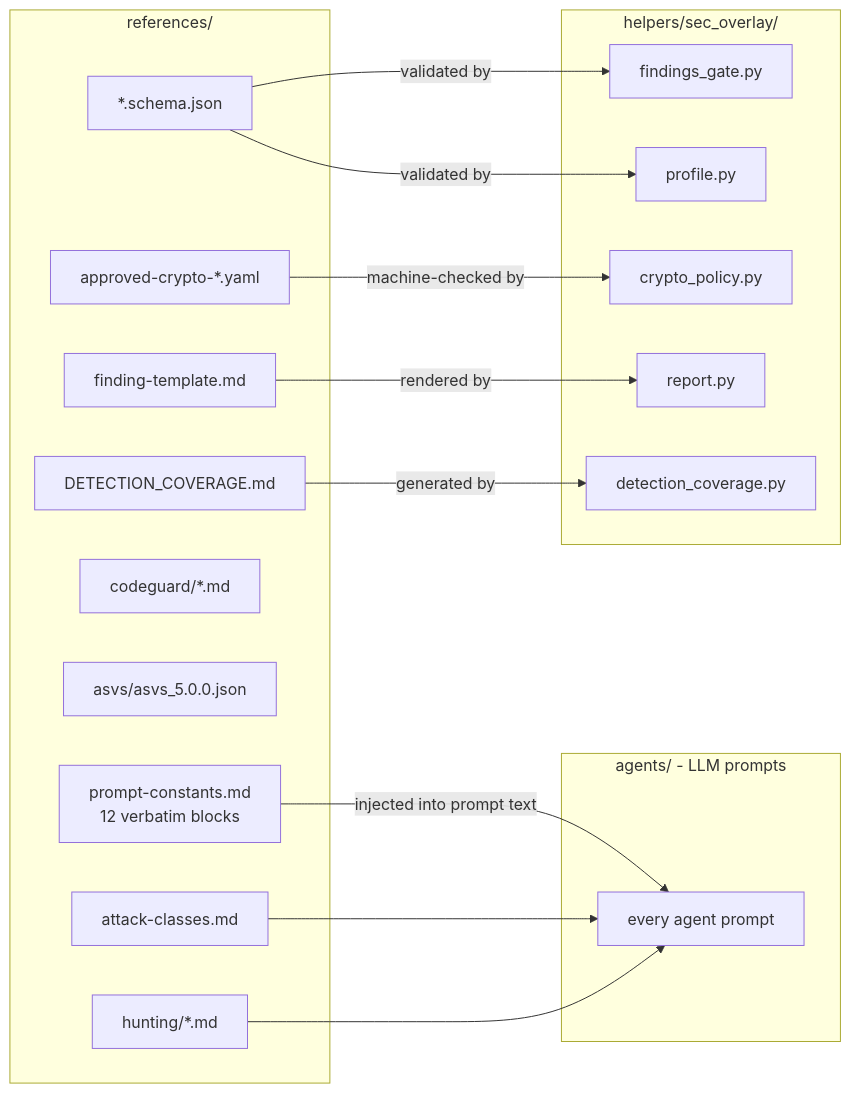
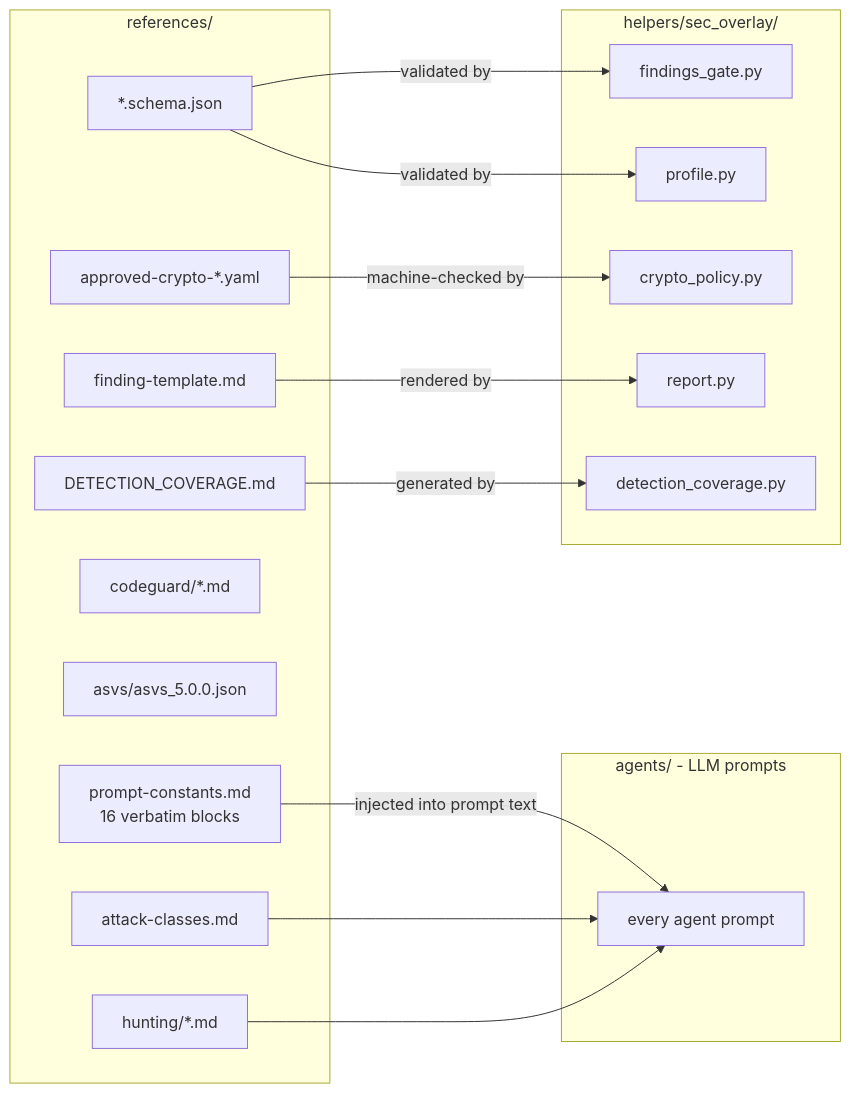
The first of 2 diagrams in openwiki/plugins/sec-overlay/references.md (cjbischoff/cjbischoff-claude-code-tools), drawn with Mermaid before and after one commit. The commit also changed other lines of this file and 18 other files, not shown here.

````diff
--- a/openwiki/plugins/sec-overlay/references.md
+++ b/openwiki/plugins/sec-overlay/references.md
@@ -27,32 +27,32 @@
 ```mermaid
 flowchart LR
     subgraph REF["references/"]
-        PC["prompt-constants.md<br/>12 verbatim blocks"]
+        PC["prompt-constants.md<br/>16 verbatim blocks"]
         AC["attack-classes.md"]
         FT["finding-template.md"]
         HUNT["hunting/*.md"]
         CG["codeguard/*.md"]
         ASVS["asvs/asvs_5.0.0.json"]
         CRYPTO["approved-crypto-*.yaml"]
         SCHEMA["*.schema.json"]
         DC["DETECTION_COVERAGE.md"]
     end
     subgraph AGENTS["agents/ - LLM prompts"]
         A["every agent prompt"]
     end
     subgraph HELPERS["helpers/sec_overlay/"]
         FG["findings_gate.py"]
         PROF["profile.py"]
         CP["crypto_policy.py"]
         REP["report.py"]
         DCPY["detection_coverage.py"]
     end
     PC -->|injected into prompt text| A
     AC --> A
     HUNT --> A
     FT -->|rendered by| REP
     SCHEMA -->|validated by| FG
     SCHEMA -->|validated by| PROF
     CRYPTO -->|machine-checked by| CP
     DC -->|generated by| DCPY
 ```
````
